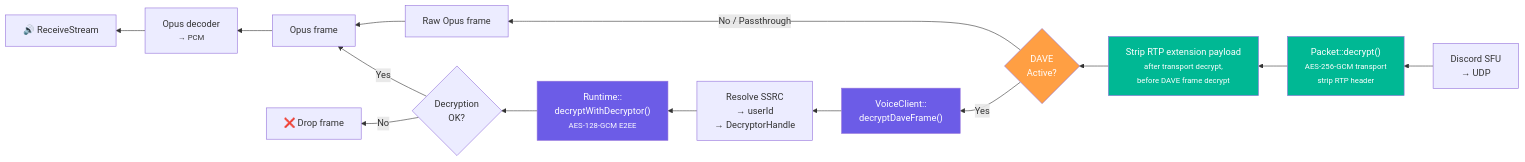
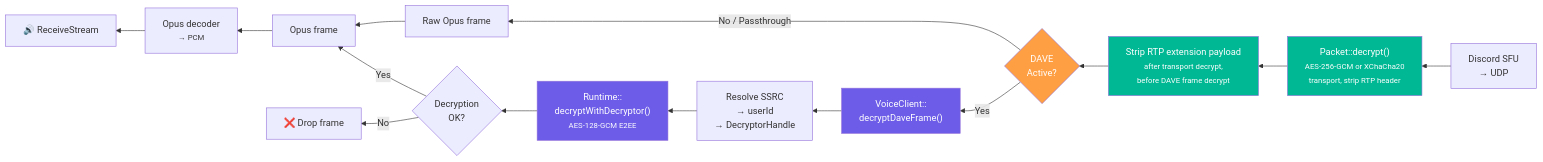
The ninth of 10 diagrams in docs/DAVE.md (discord-php/DiscordPHP-Voice), drawn with Mermaid before and after one commit. The commit also changed other lines of this file and 10 other files, not shown here.

````diff
--- a/docs/DAVE.md
+++ b/docs/DAVE.md
@@ -337,22 +337,22 @@
 ```mermaid
 flowchart RL
-    A["Discord SFU<br/>→ UDP"] --> B["Packet::decrypt()<br/><small>AES-256-GCM transport<br/>strip RTP header</small>"]
+    A["Discord SFU<br/>→ UDP"] --> B["Packet::decrypt()<br/><small>AES-256-GCM or XChaCha20<br/>transport, strip RTP header</small>"]
     B --> B2["Strip RTP extension payload<br/><small>after transport decrypt,<br/>before DAVE frame decrypt</small>"]
     B2 --> C{"DAVE<br/>Active?"}
     C -->|Yes| D["VoiceClient::<br/>decryptDaveFrame()"]
     C -->|No / Passthrough| E["Raw Opus frame"]
     D --> F["Resolve SSRC<br/>→ userId<br/>→ DecryptorHandle"]
     F --> G["Runtime::<br/>decryptWithDecryptor()<br/><small>AES-128-GCM E2EE</small>"]
     G --> H{"Decryption<br/>OK?"}
     H -->|Yes| I["Opus frame"]
     H -->|No| J["❌ Drop frame"]
     E --> I
     I --> K["Opus decoder<br/><small>→ PCM</small>"]
     K --> L["🔊 ReceiveStream"]
 
     style C fill:#ff9f43,color:#fff
     style D fill:#6c5ce7,color:#fff
     style G fill:#6c5ce7,color:#fff
     style B fill:#00b894,color:#fff
     style B2 fill:#00b894,color:#fff
 ```
````
